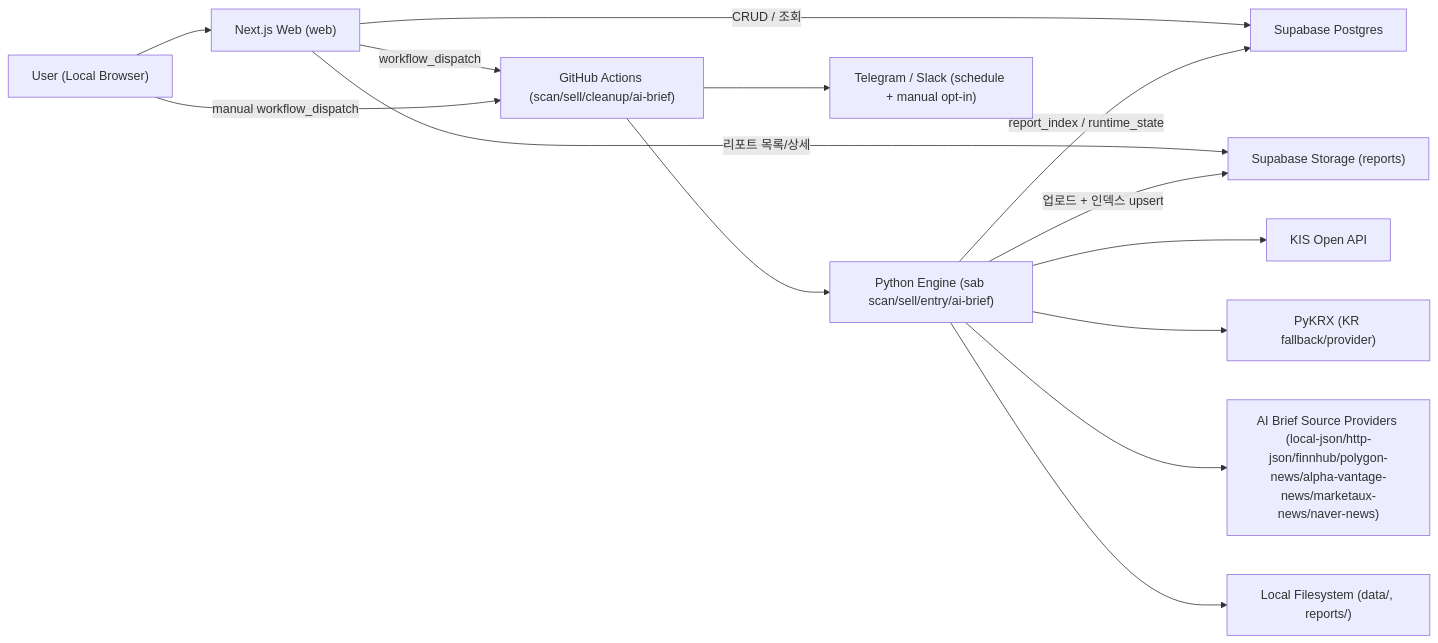
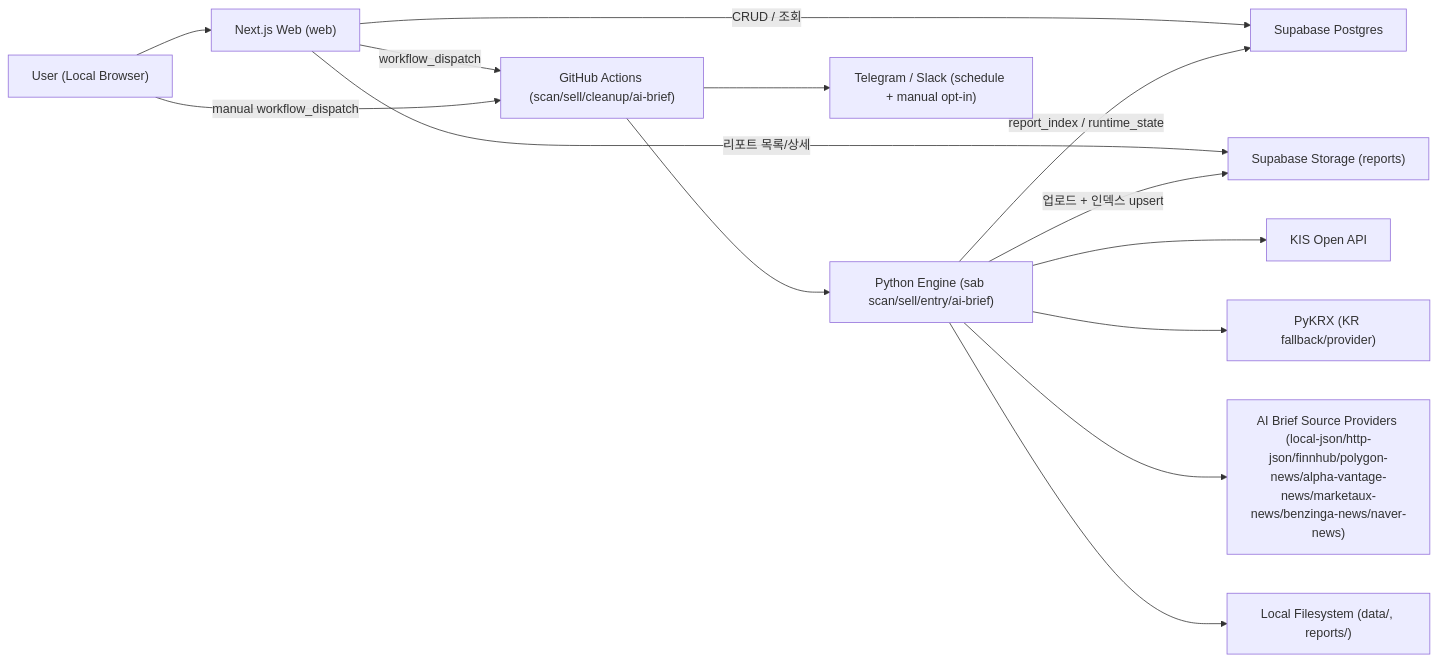
One commit to mochafreddo/swing-trading-report changed the diagram in docs/ARCHITECTURE.md. Above: the diagram before and after it, drawn with Mermaid. The commit also changed other lines of this file and 15 other files, not shown here.

First line of the commit message:
feat(ai-brief): Benzinga 뉴스 소스 제공자를 추가한다

````diff
--- a/docs/ARCHITECTURE.md
+++ b/docs/ARCHITECTURE.md
@@ -35,18 +35,18 @@
 ```mermaid
 flowchart LR
   U["User (Local Browser)"] --> W["Next.js Web (web)"]
   W -->|CRUD / 조회| SDB["Supabase Postgres"]
   W -->|리포트 목록/상세| SST["Supabase Storage (reports)"]
   W -->|workflow_dispatch| GHA["GitHub Actions (scan/sell/cleanup/ai-brief)"]
   U -->|manual workflow_dispatch| GHA
 
   GHA --> P["Python Engine (sab scan/sell/entry/ai-brief)"]
   P --> KIS["KIS Open API"]
   P --> PY["PyKRX (KR fallback/provider)"]
-  P --> SRC["AI Brief Source Providers (local-json/http-json/finnhub/polygon-news/alpha-vantage-news/marketaux-news/naver-news)"]
+  P --> SRC["AI Brief Source Providers (local-json/http-json/finnhub/polygon-news/alpha-vantage-news/marketaux-news/benzinga-news/naver-news)"]
   P --> LF["Local Filesystem (data/, reports/)"]
   P -->|업로드 + 인덱스 upsert| SST
   P -->|report_index / runtime_state| SDB
 
   GHA --> TG["Telegram / Slack (schedule + manual opt-in)"]
 ```
````
